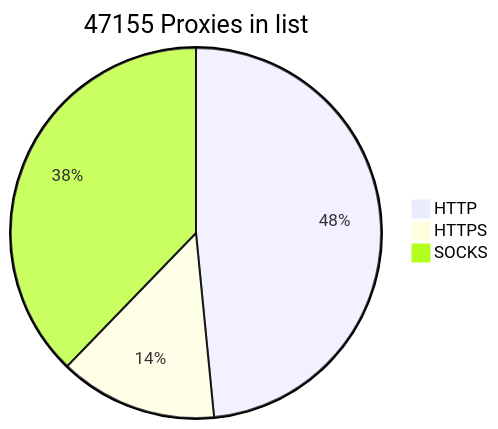
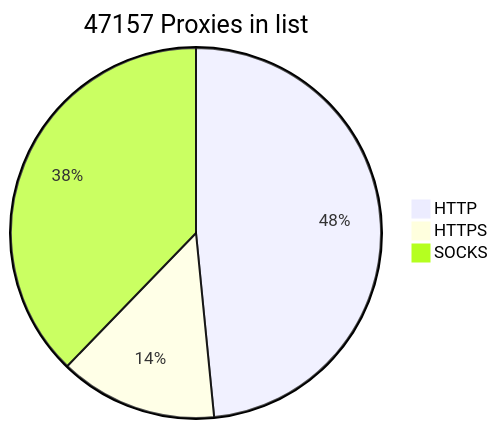
Before and after one commit to BlackSnowDot/proxylist-update-every-minute: the diagram in README.md, drawn with Mermaid.

````diff
--- a/README.md
+++ b/README.md
@@ -2,6 +2,6 @@
 ```mermaid
-pie title 47155 Proxies in list
+pie title 47157 Proxies in list
     "HTTP" : 25520
-    "HTTPS": 7266
-    "SOCKS" : 19896
+    "HTTPS": 7271
+    "SOCKS" : 19897
 ```
````
